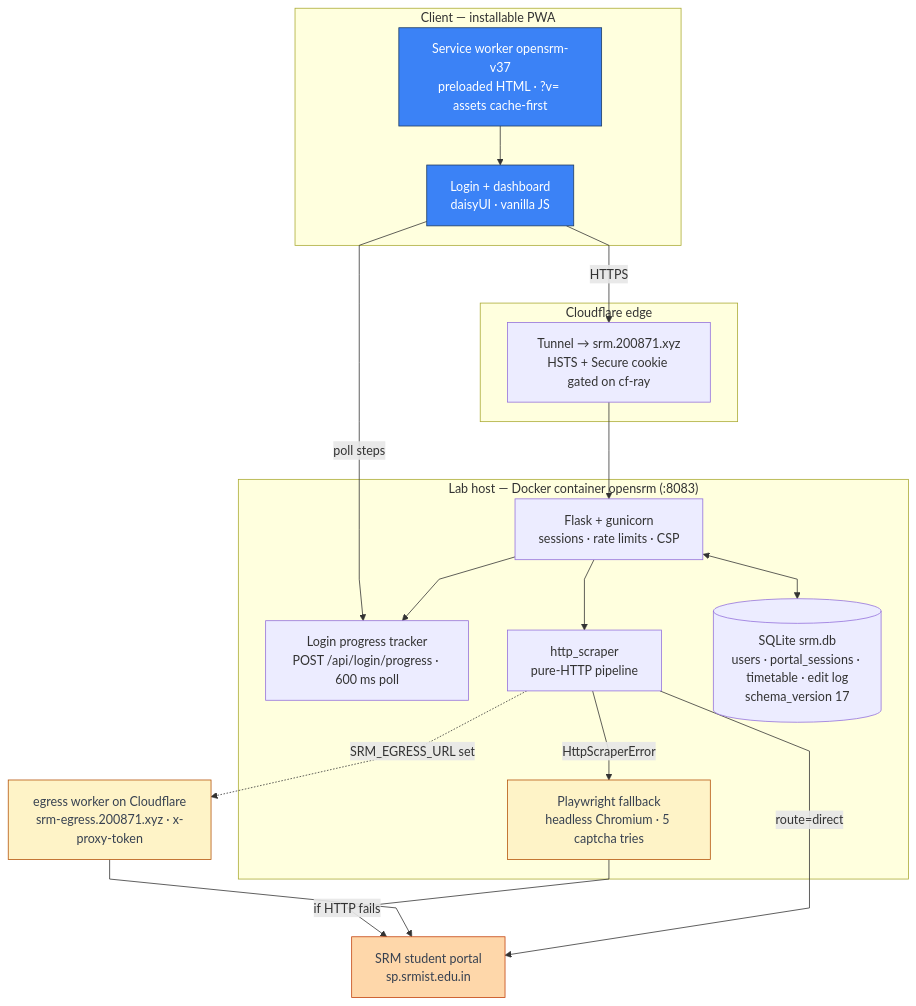
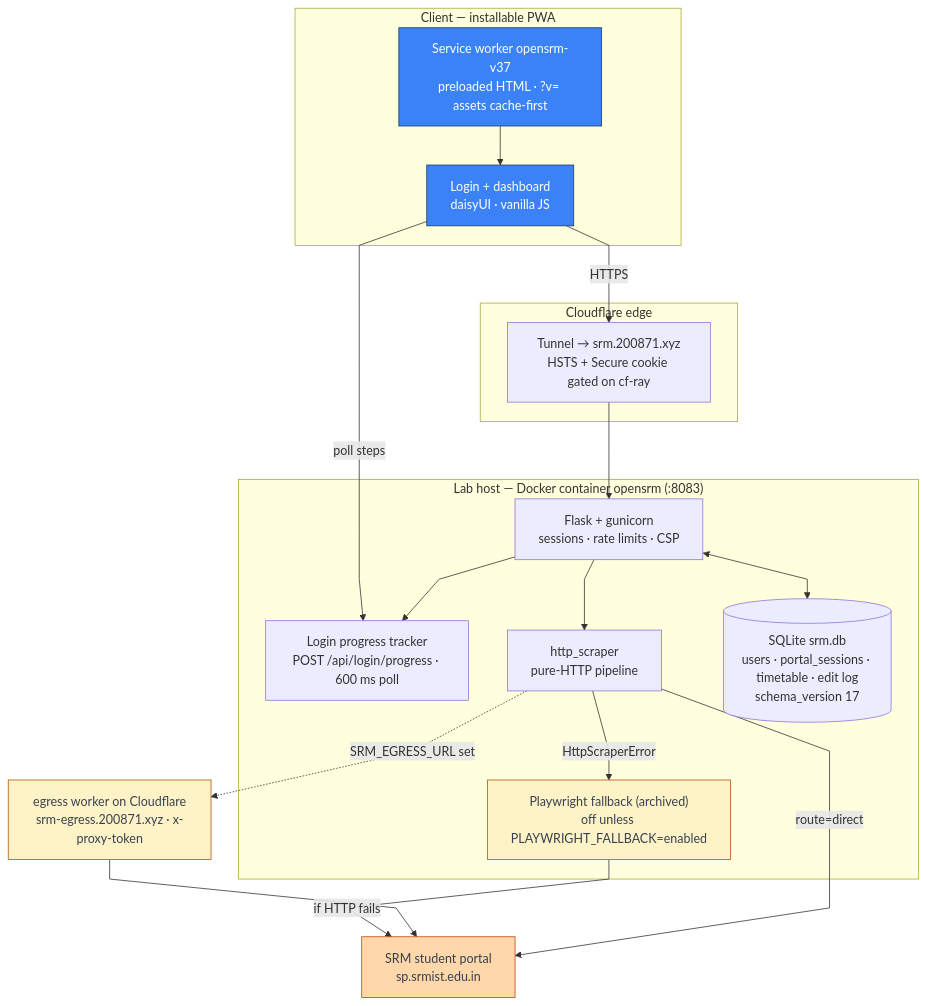
The first of 3 diagrams in README.md (thenabbu/OpenSRM), drawn with Mermaid before and after one commit. The commit also changed other lines of this file and 13 other files, not shown here.

````diff
--- a/README.md
+++ b/README.md
@@ -71,43 +71,43 @@
 ```mermaid
 %%{init: {"flowchart": {"curve": "linear"}}}%%
 flowchart TD
     subgraph client["Client — installable PWA"]
         UI["Login + dashboard<br/>daisyUI · vanilla JS"]
         SW["Service worker opensrm-v37<br/>preloaded HTML · ?v= assets cache-first"]
     end
 
     subgraph edge["Cloudflare edge"]
         TUN["Tunnel → srm.200871.xyz<br/>HSTS + Secure cookie gated on cf-ray"]
     end
 
     subgraph lab["Lab host — Docker container opensrm (:8083)"]
         FL["Flask + gunicorn<br/>sessions · rate limits · CSP"]
         PROG["Login progress tracker<br/>POST /api/login/progress · 600 ms poll"]
         HS["http_scraper<br/>pure-HTTP pipeline"]
-        PW["Playwright fallback<br/>headless Chromium · 5 captcha tries"]
+        PW["Playwright fallback (archived)<br/>off unless PLAYWRIGHT_FALLBACK=enabled"]
         DB[("SQLite srm.db<br/>users · portal_sessions · timetable · edit log<br/>schema_version 17")]
         FL --> PROG
         FL <--> DB
         FL --> HS
         HS -->|"HttpScraperError"| PW
     end
 
     EG["egress worker on Cloudflare<br/>srm-egress.200871.xyz · x-proxy-token"]
     P["SRM student portal<br/>sp.srmist.edu.in"]
 
     UI -->|"HTTPS"| TUN
     TUN --> FL
     SW --> UI
     UI -->|"poll steps"| PROG
     HS -->|"route=direct"| P
     HS -.->|"SRM_EGRESS_URL set"| EG
     EG --> P
     PW -->|"if HTTP fails"| P
 
     classDef client fill:#3b82f6,stroke:#1e3a5f,color:#ffffff
     classDef conditional fill:#fef3c7,stroke:#b45309,color:#374151
     classDef external fill:#fed7aa,stroke:#c2410c,color:#374151
     class UI,SW client
     class PW,EG conditional
     class P external
 ```
````
